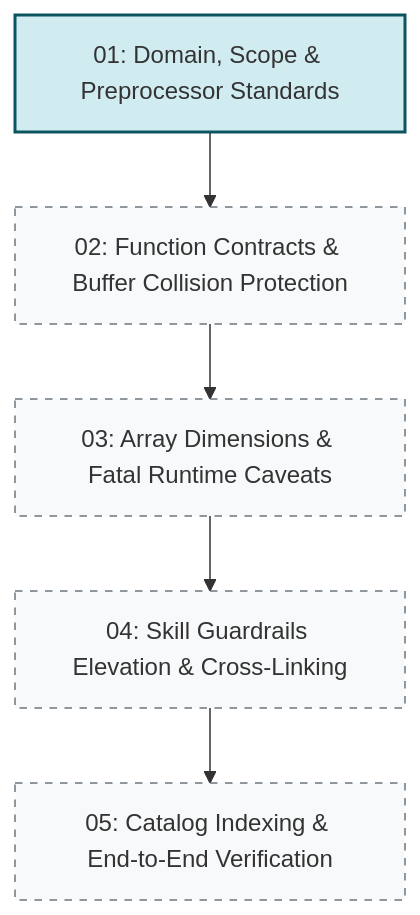
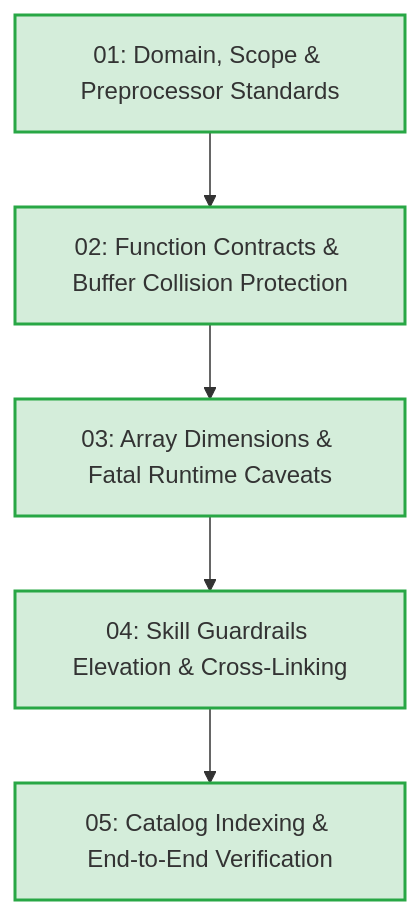
Before and after one commit to VerginEvil/Skill_LN: the diagram in Tickets.md, drawn with Mermaid. The commit also changed other lines of this file and 5 other files, not shown here.

````diff
--- a/Tickets.md
+++ b/Tickets.md
@@ -17,20 +17,19 @@
 ```mermaid
 flowchart TD
     T01["01: Domain, Scope & Preprocessor Standards"]
     T02["02: Function Contracts & Buffer Collision Protection"]
     T03["03: Array Dimensions & Fatal Runtime Caveats"]
     T04["04: Skill Guardrails Elevation & Cross-Linking"]
     T05["05: Catalog Indexing & End-to-End Verification"]
 
     T01 --> T02
     T02 --> T03
     T03 --> T04
     T04 --> T05
 
     classDef ready fill:#d1ecf1,stroke:#0c5460,stroke-width:2px;
     classDef blocked fill:#f8f9fa,stroke:#6c757d,stroke-dasharray: 5 5;
     classDef done fill:#d4edda,stroke:#28a745,stroke-width:2px;
 
-    class T01 ready;
-    class T02,T03,T04,T05 blocked;
+    class T01,T02,T03,T04,T05 done;
 ```
````
